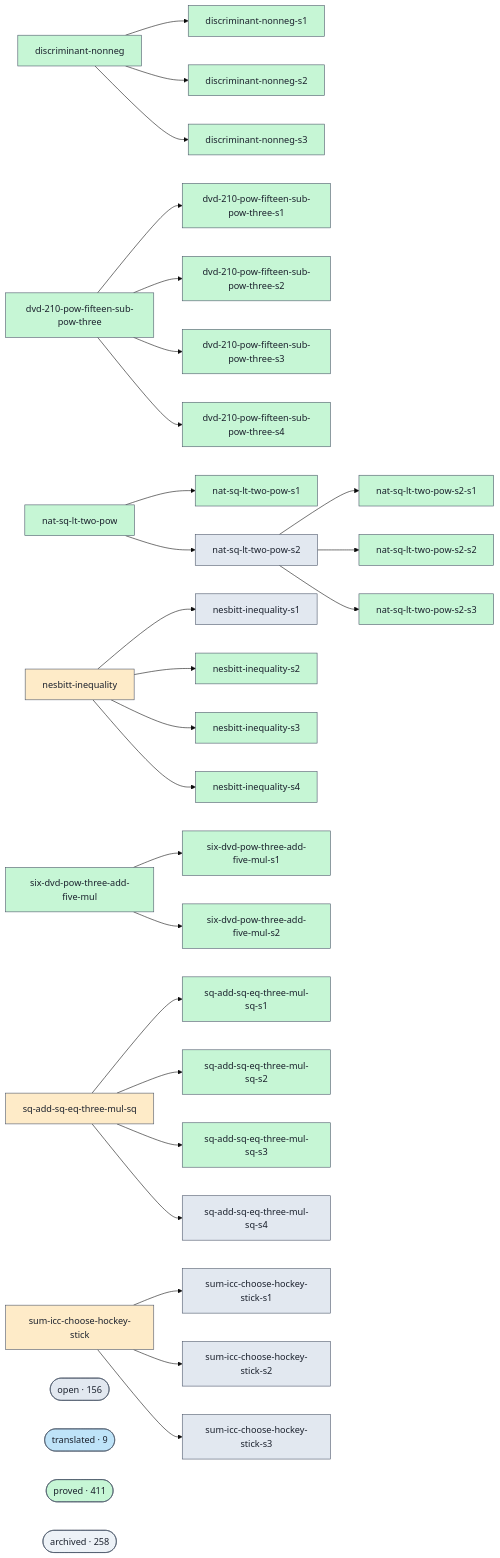
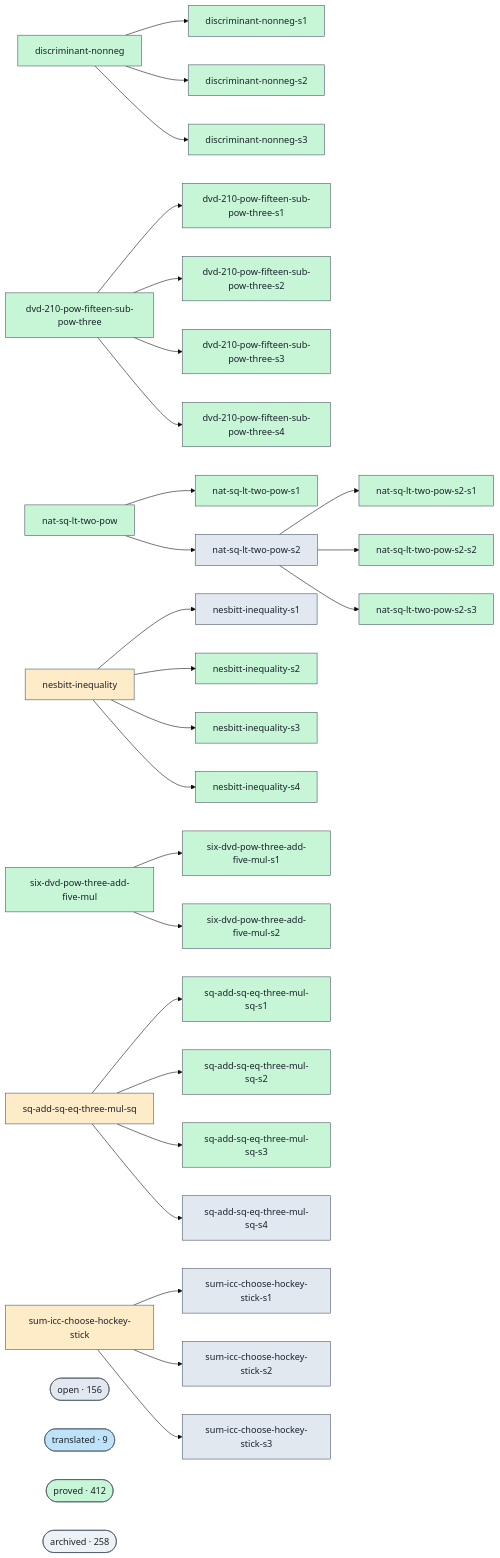
One commit to ohdearquant/unsorry changed the diagram in docs/proofs-contributors-visualisation.md. Above: the diagram before and after it, drawn with Mermaid (base theme). The commit also changed other lines of this file and 2 other files, not shown here.

```diff
--- a/docs/proofs-contributors-visualisation.md
+++ b/docs/proofs-contributors-visualisation.md
@@ -147,7 +147,7 @@
   class cluster_open open;
   cluster_translated(["translated · 9"])
   class cluster_translated translated;
-  cluster_proved(["proved · 411"])
+  cluster_proved(["proved · 412"])
   class cluster_proved proved;
   cluster_archived(["archived · 258"])
   class cluster_archived unknown;
```
